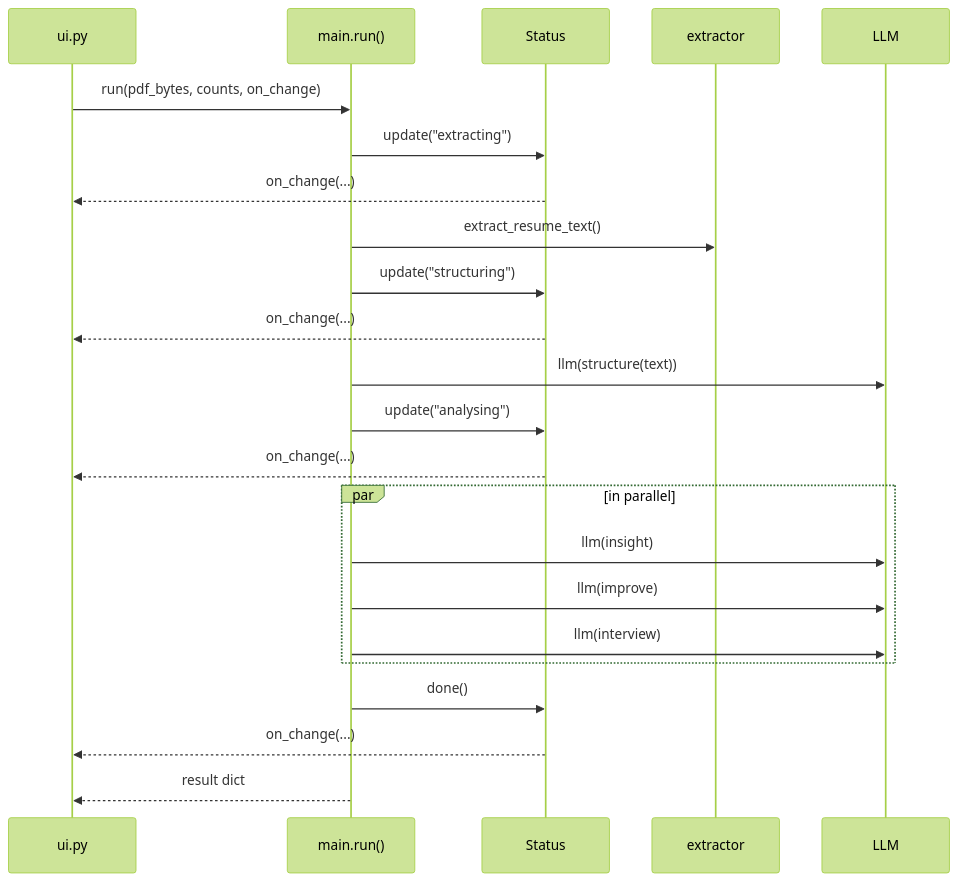
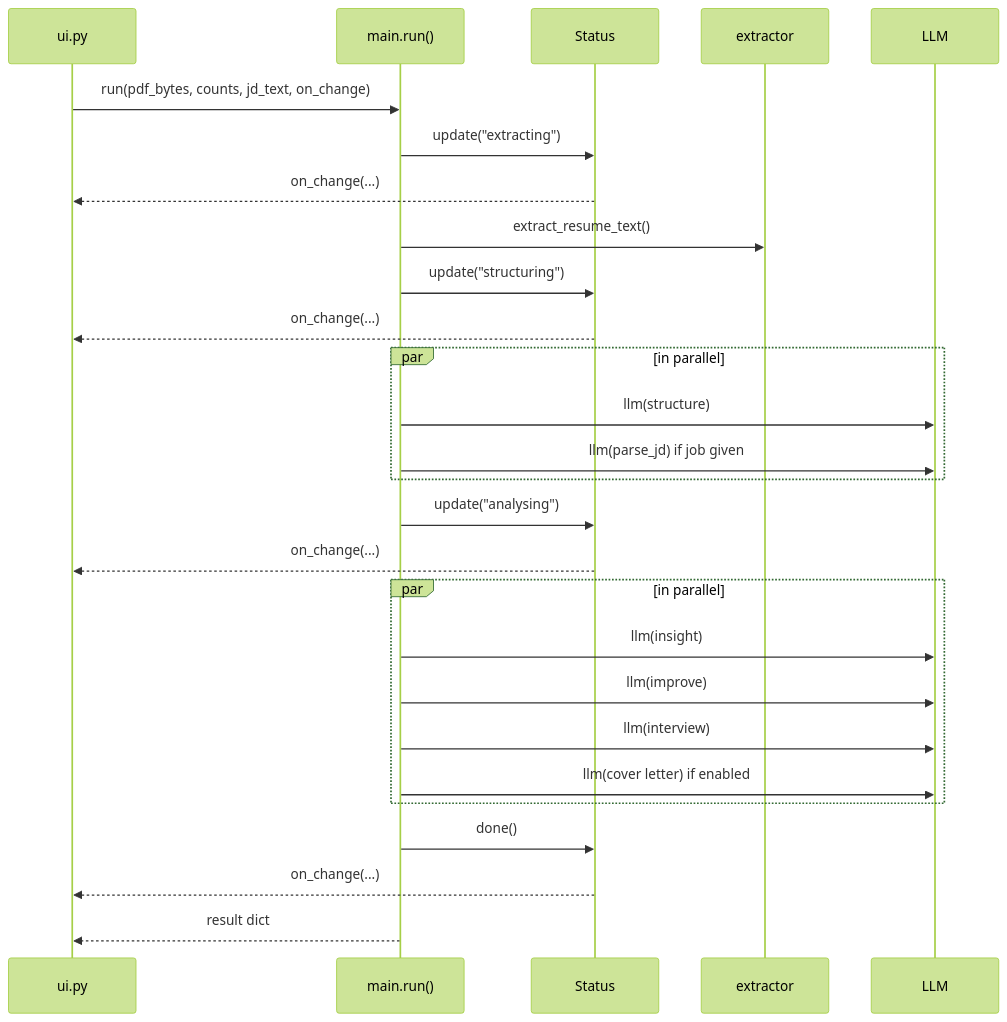
The second of 2 diagrams in README.md (leeutkarsh/ResumeForce-AI), drawn with Mermaid (forest theme) before and after one commit. The commit also changed other lines of this file, not shown here.

````diff
--- a/README.md
+++ b/README.md
@@ -143,26 +176,30 @@
 ```mermaid
 sequenceDiagram
     participant UI as ui.py
     participant M as main.run()
     participant S as Status
     participant X as extractor
     participant L as LLM
 
-    UI->>M: run(pdf_bytes, counts, on_change)
+    UI->>M: run(pdf_bytes, counts, jd_text, on_change)
     M->>S: update("extracting")
     S-->>UI: on_change(...)
     M->>X: extract_resume_text()
     M->>S: update("structuring")
     S-->>UI: on_change(...)
-    M->>L: llm(structure(text))
+    par in parallel
+        M->>L: llm(structure)
+        M->>L: llm(parse_jd) if job given
+    end
     M->>S: update("analysing")
     S-->>UI: on_change(...)
     par in parallel
         M->>L: llm(insight)
         M->>L: llm(improve)
         M->>L: llm(interview)
+        M->>L: llm(cover letter) if enabled
     end
     M->>S: done()
     S-->>UI: on_change(...)
     M-->>UI: result dict
 ```
````
